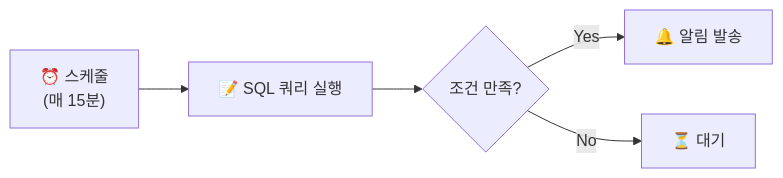
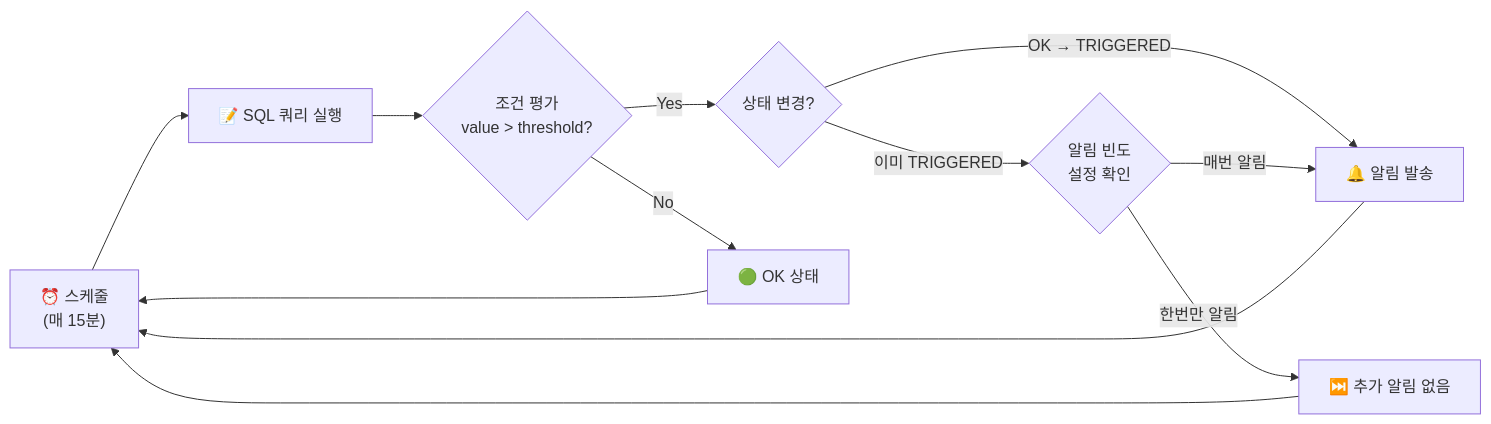
Before and after one commit to SimyungYang/simyung-dbx-training: the first of 2 diagrams in 08-ai-bi/alerts-and-scheduling.md, drawn with Mermaid. The commit also changed other lines of this file and 37 other files, not shown here.

````diff
--- a/08-ai-bi/alerts-and-scheduling.md
+++ b/08-ai-bi/alerts-and-scheduling.md
@@ -11,7 +24,14 @@
 ```mermaid
 graph LR
     SCH["⏰ 스케줄<br/>(매 15분)"] --> SQL["📝 SQL 쿼리 실행"]
-    SQL --> CHK{"조건 만족?"}
-    CHK -->|"Yes"| ALERT["🔔 알림 발송"]
-    CHK -->|"No"| WAIT["⏳ 대기"]
+    SQL --> EVAL{"조건 평가<br/>value > threshold?"}
+    EVAL -->|"Yes"| STATE_CHG{"상태 변경?"}
+    EVAL -->|"No"| OK["🟢 OK 상태"]
+    STATE_CHG -->|"OK → TRIGGERED"| ALERT["🔔 알림 발송"]
+    STATE_CHG -->|"이미 TRIGGERED"| NOTIFY{"알림 빈도<br/>설정 확인"}
+    NOTIFY -->|"매번 알림"| ALERT
+    NOTIFY -->|"한번만 알림"| SKIP["⏭️ 추가 알림 없음"]
+    OK --> SCH
+    ALERT --> SCH
+    SKIP --> SCH
 ```
````
